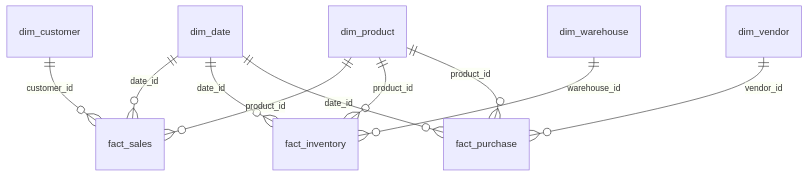
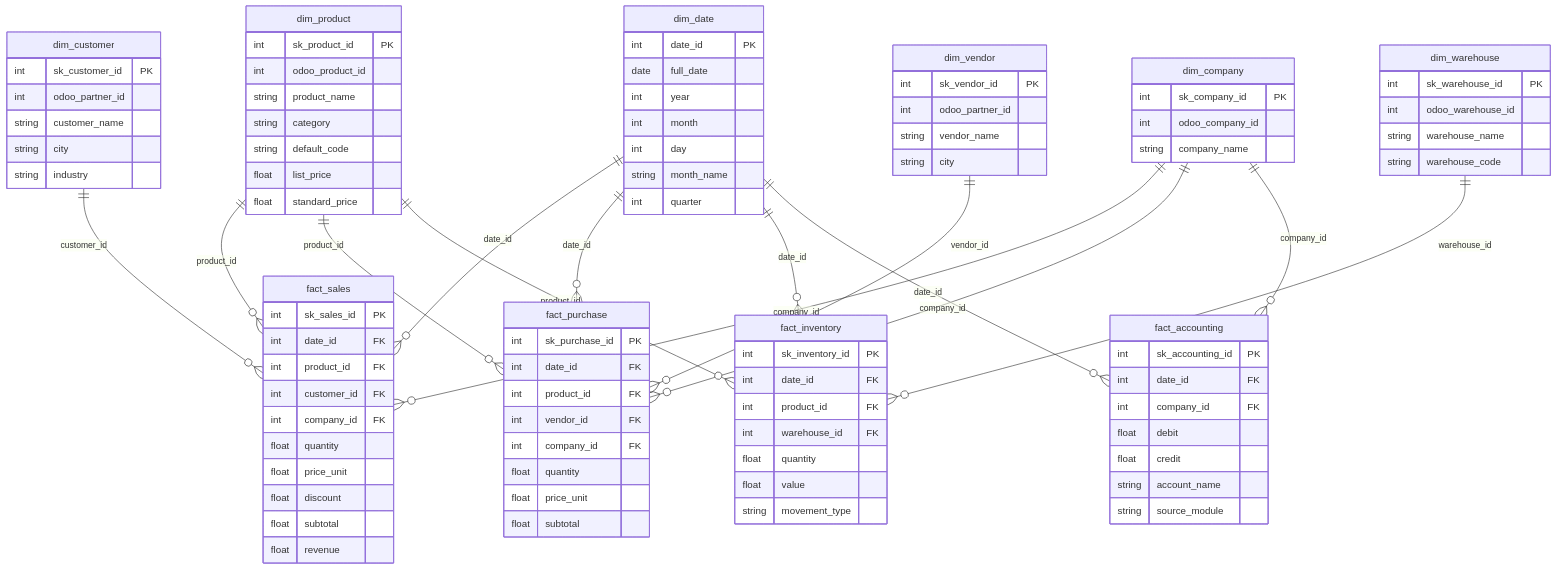
One commit to Arilano14/Odoo_Business_Intelligence_Decision_Support_System changed the diagram in ERP-BIDSS/docs/phase3/erd_star_schema.md. Above: the diagram before and after it, drawn with Mermaid. The commit also changed other lines of this file and 50 other files, not shown here.

````diff
--- a/ERP-BIDSS/docs/phase3/erd_star_schema.md
+++ b/ERP-BIDSS/docs/phase3/erd_star_schema.md
@@ -5,12 +7,109 @@
     dim_date ||--o{ fact_sales : "date_id"
     dim_product ||--o{ fact_sales : "product_id"
     dim_customer ||--o{ fact_sales : "customer_id"
-    
+    dim_company ||--o{ fact_sales : "company_id"
+
+    dim_date ||--o{ fact_purchase : "date_id"
+    dim_product ||--o{ fact_purchase : "product_id"
+    dim_vendor ||--o{ fact_purchase : "vendor_id"
+    dim_company ||--o{ fact_purchase : "company_id"
+
     dim_date ||--o{ fact_inventory : "date_id"
     dim_product ||--o{ fact_inventory : "product_id"
     dim_warehouse ||--o{ fact_inventory : "warehouse_id"
 
-    dim_date ||--o{ fact_purchase : "date_id"
-    dim_vendor ||--o{ fact_purchase : "vendor_id"
-    dim_product ||--o{ fact_purchase : "product_id"
+    dim_date ||--o{ fact_accounting : "date_id"
+    dim_company ||--o{ fact_accounting : "company_id"
+
+    fact_sales {
+        int sk_sales_id PK
+        int date_id FK
+        int product_id FK
+        int customer_id FK
+        int company_id FK
+        float quantity
+        float price_unit
+        float discount
+        float subtotal
+        float revenue
+    }
+
+    fact_purchase {
+        int sk_purchase_id PK
+        int date_id FK
+        int product_id FK
+        int vendor_id FK
+        int company_id FK
+        float quantity
+        float price_unit
+        float subtotal
+    }
+
+    fact_inventory {
+        int sk_inventory_id PK
+        int date_id FK
+        int product_id FK
+        int warehouse_id FK
+        float quantity
+        float value
+        string movement_type
+    }
+
+    fact_accounting {
+        int sk_accounting_id PK
+        int date_id FK
+        int company_id FK
+        float debit
+        float credit
+        string account_name
+        string source_module
+    }
+
+    dim_date {
+        int date_id PK
+        date full_date
+        int year
+        int month
+        int day
+        string month_name
+        int quarter
+    }
+
+    dim_product {
+        int sk_product_id PK
+        int odoo_product_id
+        string product_name
+        string category
+        string default_code
+        float list_price
+        float standard_price
+    }
+
+    dim_customer {
+        int sk_customer_id PK
+        int odoo_partner_id
+        string customer_name
+        string city
+        string industry
+    }
+
+    dim_vendor {
+        int sk_vendor_id PK
+        int odoo_partner_id
+        string vendor_name
+        string city
+    }
+
+    dim_company {
+        int sk_company_id PK
+        int odoo_company_id
+        string company_name
+    }
+
+    dim_warehouse {
+        int sk_warehouse_id PK
+        int odoo_warehouse_id
+        string warehouse_name
+        string warehouse_code
+    }
 ```
````
